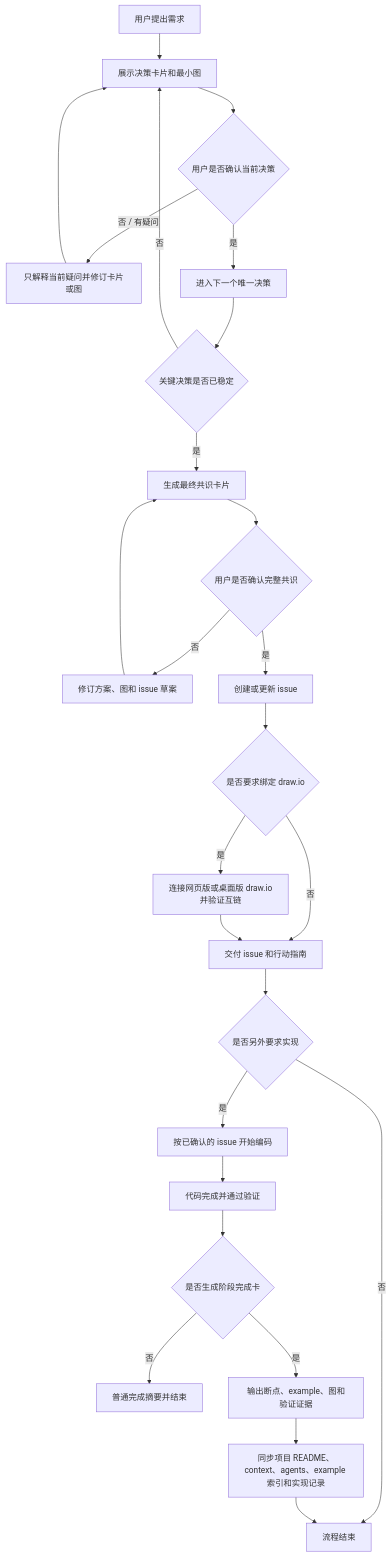
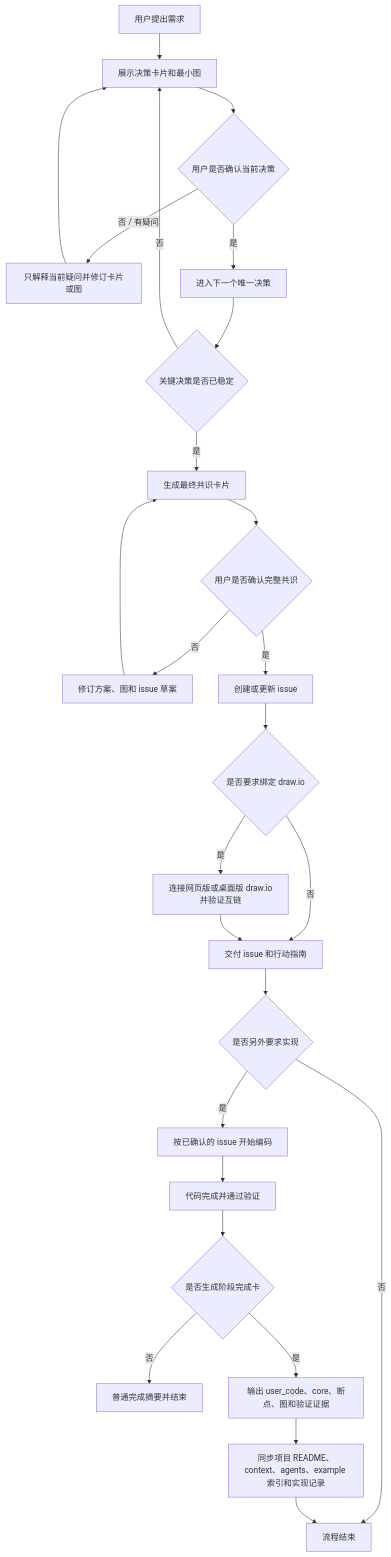
Before and after one commit to Chengyunlai/build-it-up: the diagram in README.md, drawn with Mermaid. The commit also changed other lines of this file and 7 other files, not shown here.

First line of the commit message:
docs(example): 规范 user_code 与核心代码主线

````diff
--- a/README.md
+++ b/README.md
@@ -64,28 +66,28 @@
 ```mermaid
 flowchart TD
     A[用户提出需求] --> B[展示决策卡片和最小图]
     B --> C{用户是否确认当前决策}
     C -- 否 / 有疑问 --> D[只解释当前疑问并修订卡片或图]
     D --> B
     C -- 是 --> E[进入下一个唯一决策]
     E --> F{关键决策是否已稳定}
     F -- 否 --> B
     F -- 是 --> G[生成最终共识卡片]
     G --> H{用户是否确认完整共识}
     H -- 否 --> I[修订方案、图和 issue 草案]
     I --> G
     H -- 是 --> J[创建或更新 issue]
     J --> K{是否要求绑定 draw.io}
     K -- 否 --> L[交付 issue 和行动指南]
     K -- 是 --> M[连接网页版或桌面版 draw.io并验证互链]
     M --> L
     L --> N{是否另外要求实现}
     N -- 是 --> O[按已确认的 issue 开始编码]
     N -- 否 --> P[流程结束]
     O --> Q[代码完成并通过验证]
     Q --> R{是否生成阶段完成卡}
     R -- 否 --> S[普通完成摘要并结束]
-    R -- 是 --> T[输出断点、example、图和验证证据]
+    R -- 是 --> T[输出 user_code、core、断点、图和验证证据]
     T --> U[同步项目 README、context、agents、example 索引和实现记录]
     U --> P
 ```
````
